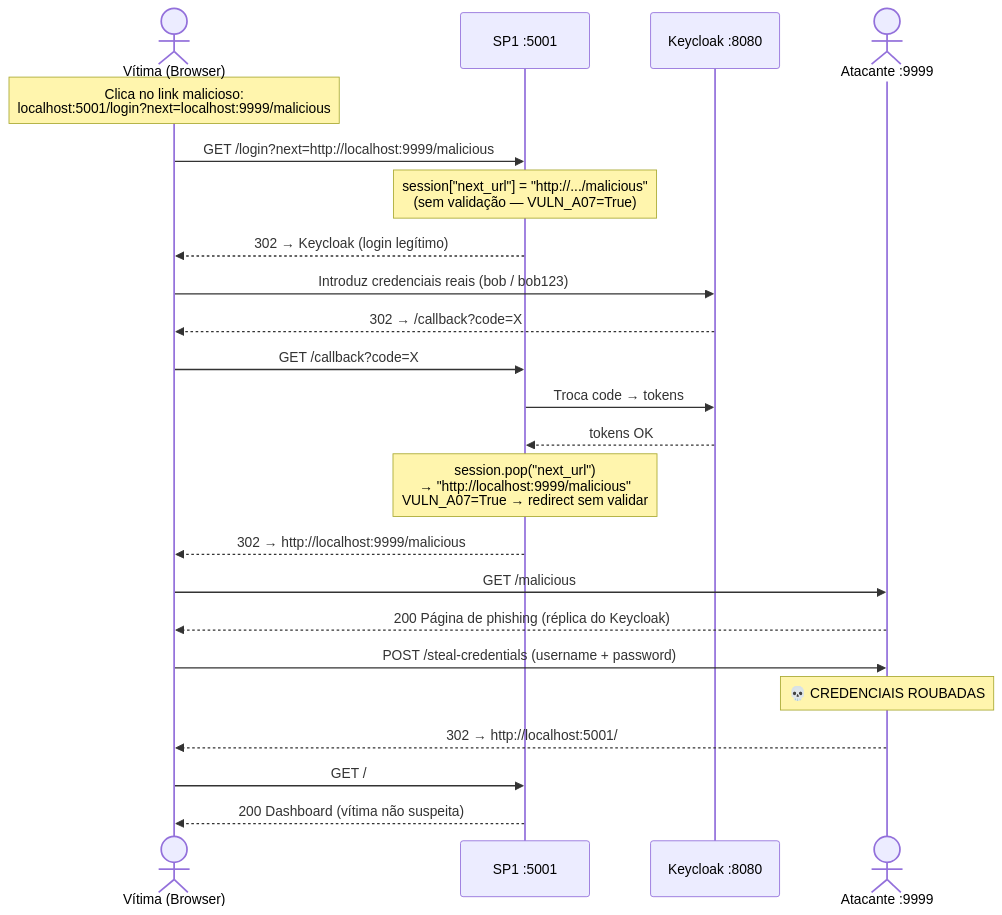
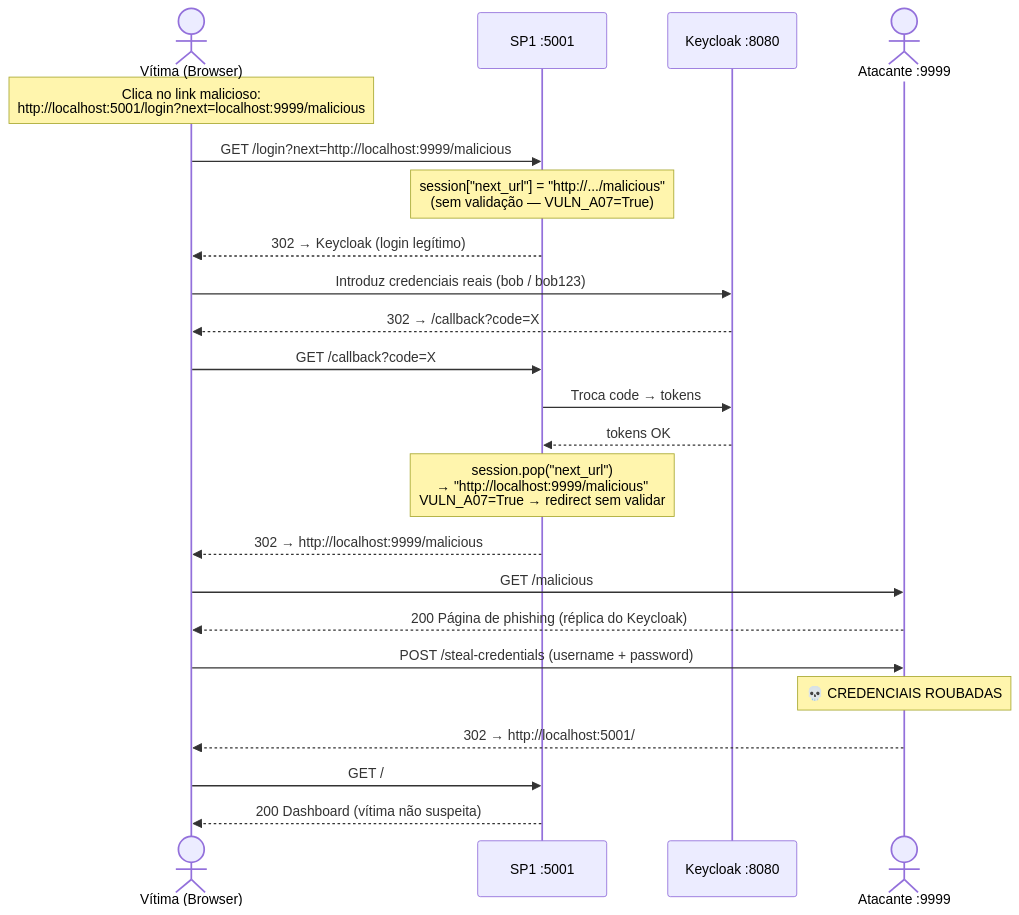
One commit to pauloipf/gid-ipvc-g4 changed the first of 3 diagrams in attacks/a07_open_redirect.md. Above: the diagram before and after it, drawn with Mermaid.

Commit message:
docs: corrigir URL no exemplo de ataque para incluir o protocolo HTTP

````diff
--- a/attacks/a07_open_redirect.md
+++ b/attacks/a07_open_redirect.md
@@ -24,33 +24,33 @@
 ```mermaid
 sequenceDiagram
     actor V as Vítima (Browser)
     participant SP1 as SP1 :5001
     participant KC as Keycloak :8080
     actor ATK as Atacante :9999
 
-    Note over V: Clica no link malicioso:<br/>localhost:5001/login?next=localhost:9999/malicious
+    Note over V: Clica no link malicioso:<br/>http://localhost:5001/login?next=localhost:9999/malicious
 
     V->>SP1: GET /login?next=http://localhost:9999/malicious
     Note over SP1: session["next_url"] = "http://.../malicious"<br/>(sem validação — VULN_A07=True)
     SP1-->>V: 302 → Keycloak (login legítimo)
 
     V->>KC: Introduz credenciais reais (bob / bob123)
     KC-->>V: 302 → /callback?code=X
 
     V->>SP1: GET /callback?code=X
     SP1->>KC: Troca code → tokens
     KC-->>SP1: tokens OK
 
     Note over SP1: session.pop("next_url")<br/>→ "http://localhost:9999/malicious"<br/>VULN_A07=True → redirect sem validar
 
     SP1-->>V: 302 → http://localhost:9999/malicious
     V->>ATK: GET /malicious
     ATK-->>V: 200 Página de phishing (réplica do Keycloak)
 
     V->>ATK: POST /steal-credentials (username + password)
     Note over ATK: 💀 CREDENCIAIS ROUBADAS
 
     ATK-->>V: 302 → http://localhost:5001/
     V->>SP1: GET /
     SP1-->>V: 200 Dashboard (vítima não suspeita)
 ```
````
